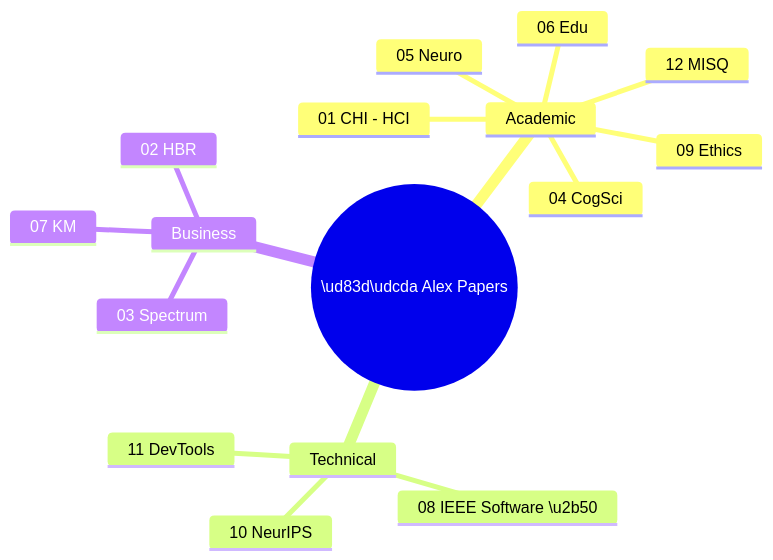
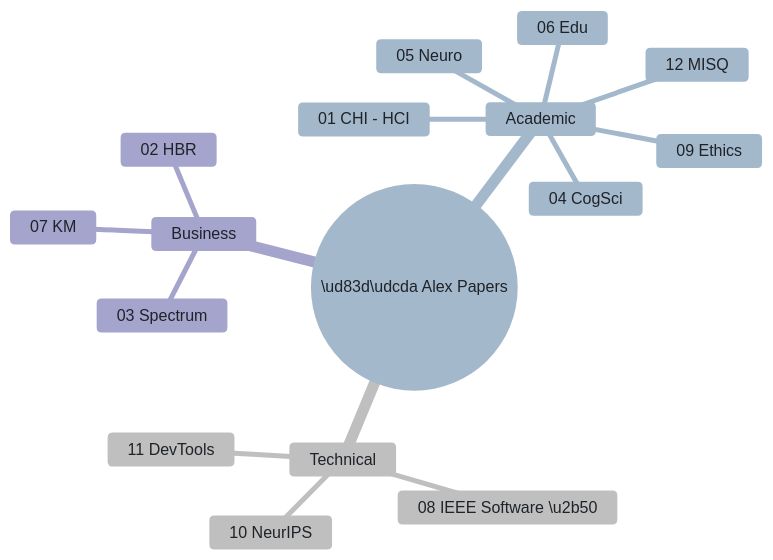
Before and after one commit to fabioc-aloha/Alex_Plug_In: the diagram in article/versions/INDEX.md, drawn with Mermaid. The commit also changed 5 other files, not shown here.

First line of the commit message:
feat(docs): add Mermaid themes to remaining project diagrams

````diff
--- a/article/versions/INDEX.md
+++ b/article/versions/INDEX.md
@@ -5,19 +5,20 @@
 ```mermaid
+%%{init: {'theme': 'base', 'themeVariables': { 'primaryColor': '#f6f8fa', 'primaryTextColor': '#1f2328', 'primaryBorderColor': '#d1d9e0', 'lineColor': '#656d76', 'secondaryColor': '#f6f8fa', 'tertiaryColor': '#ffffff'}}}%%
 mindmap
   root(("\ud83d\udcda Alex Papers"))
     Academic
       01 CHI - HCI
       04 CogSci
       05 Neuro
       06 Edu
       09 Ethics
       12 MISQ
     Technical
       08 IEEE Software \u2b50
       10 NeurIPS
       11 DevTools
     Business
       02 HBR
       03 Spectrum
       07 KM
 ```
````
